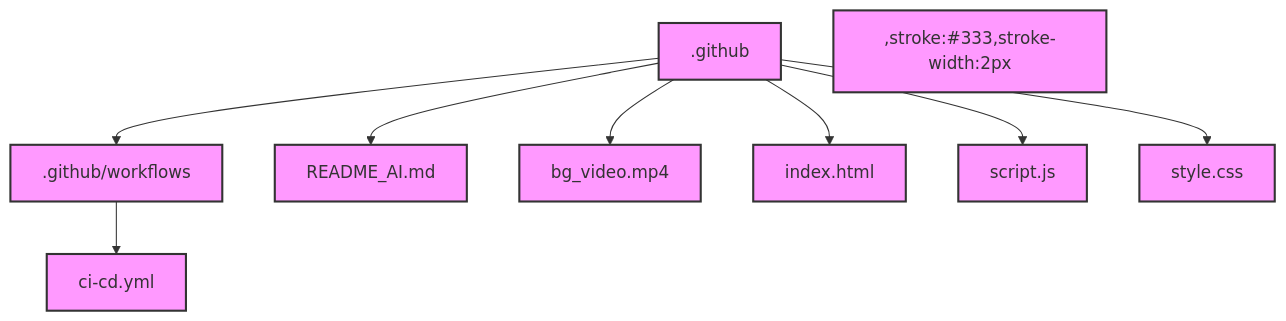
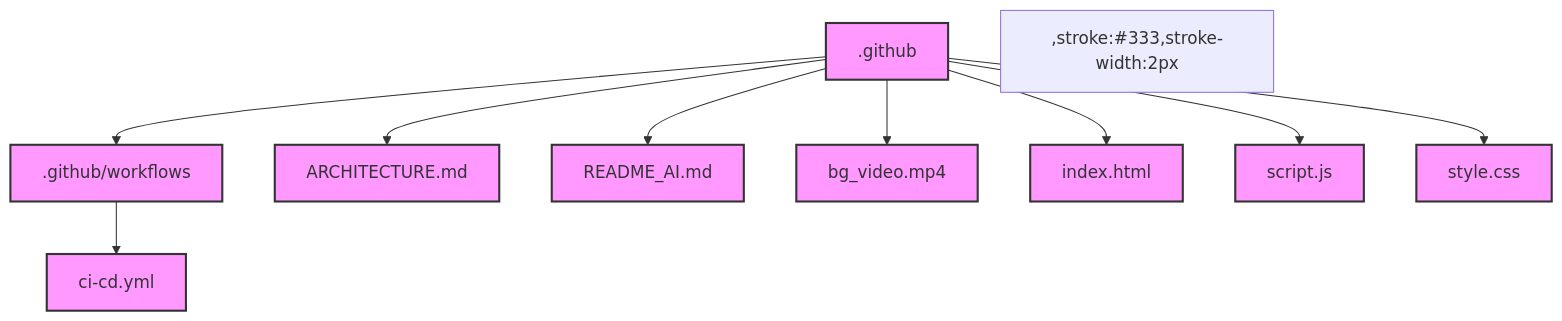
One commit to nirzaraghure/music-mood-app changed the diagram in ARCHITECTURE.md. Above: the diagram before and after it, drawn with Mermaid.

Commit message:
🤖 GitGenius: AI-generated code fix

````diff
--- a/ARCHITECTURE.md
+++ b/ARCHITECTURE.md
@@ -3,22 +3,25 @@
 ```mermaid
 graph TD
   A[.github] --> B[.github/workflows]
   B --> C[ci-cd.yml]
-  A --> D[README_AI.md]
-  A --> E[bg_video.mp4]
-  A --> F[index.html]
-  A --> G[script.js]
-  A --> H[style.css]
+  A --> D[ARCHITECTURE.md]
+  A --> E[README_AI.md]
+  A --> F[bg_video.mp4]
+  A --> G[index.html]
+  A --> H[script.js]
+  A --> I[style.css]
+
   ,stroke:#333,stroke-width:2px
   ,stroke:#333,stroke-width:2px
   ,stroke:#333,stroke-width:2px
   ,stroke:#333,stroke-width:2px
   ,stroke:#333,stroke-width:2px
   ,stroke:#333,stroke-width:2px
-  classDef default fill:#f9f,stroke:#333,stroke-width:2px
-  class A,B,C,D,E,F,G,H default
+  ,stroke:#333,stroke-width:2px
+  ,stroke:#333,stroke-width:2px
+
+  classDef folder fill:#f9f,stroke:#333,stroke-width:2px
   classDef file fill:#f9f,stroke:#333,stroke-width:2px
-  class C,D,E,F,G,H file
-  classDef folder fill:#f9f,stroke:#333,stroke-width:2px
-  class B folder
+  class A,B folder
+  class C,D,E,F,G,H,I file
 ```
````
